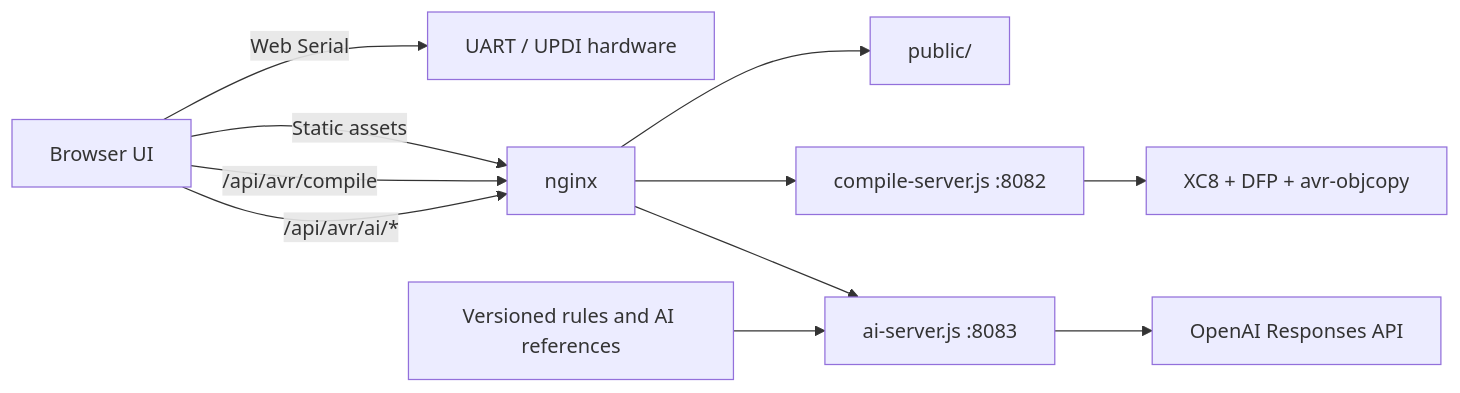
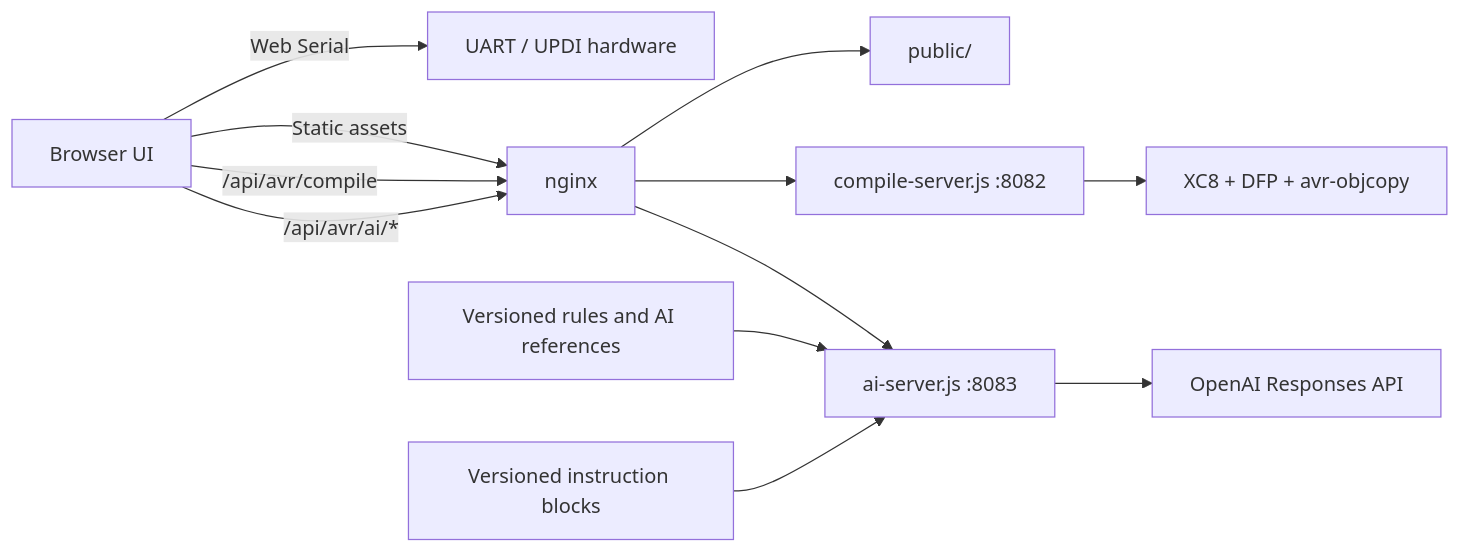
The diagram in README.md (K1LLERV1PV2/uartdebug), drawn with Mermaid before and after one commit. The commit also changed other lines of this file and 29 other files, not shown here.

````diff
--- a/README.md
+++ b/README.md
@@ -62,13 +70,14 @@
 ```mermaid
 flowchart LR
   Browser[Browser UI] -->|Web Serial| Hardware[UART / UPDI hardware]
   Browser -->|Static assets| Nginx[nginx]
   Browser -->|/api/avr/compile| Nginx
   Browser -->|/api/avr/ai/*| Nginx
   Nginx --> Static[public/]
   Nginx --> Compiler[compile-server.js :8082]
   Compiler --> Toolchain[XC8 + DFP + avr-objcopy]
   Nginx --> AI[ai-server.js :8083]
   Rules[Versioned rules and AI references] --> AI
+  Skills[Versioned instruction blocks] --> AI
   AI --> OpenAI[OpenAI Responses API]
 ```
````
